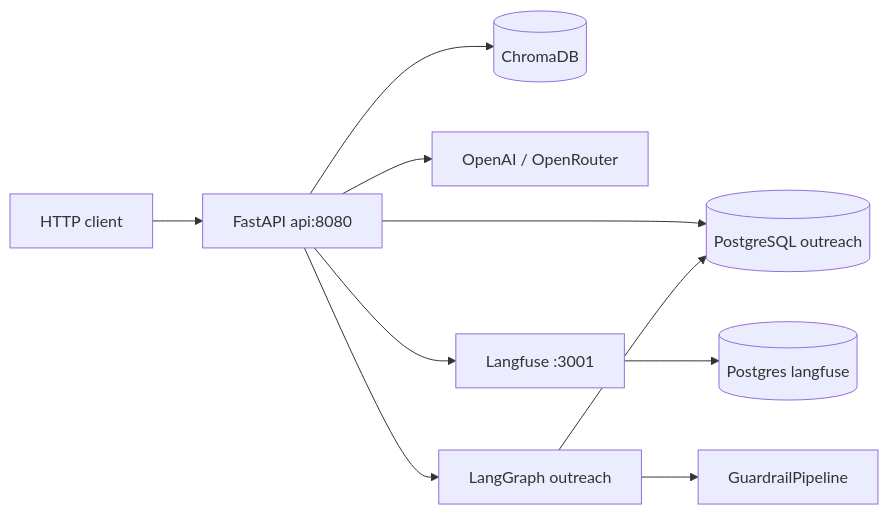
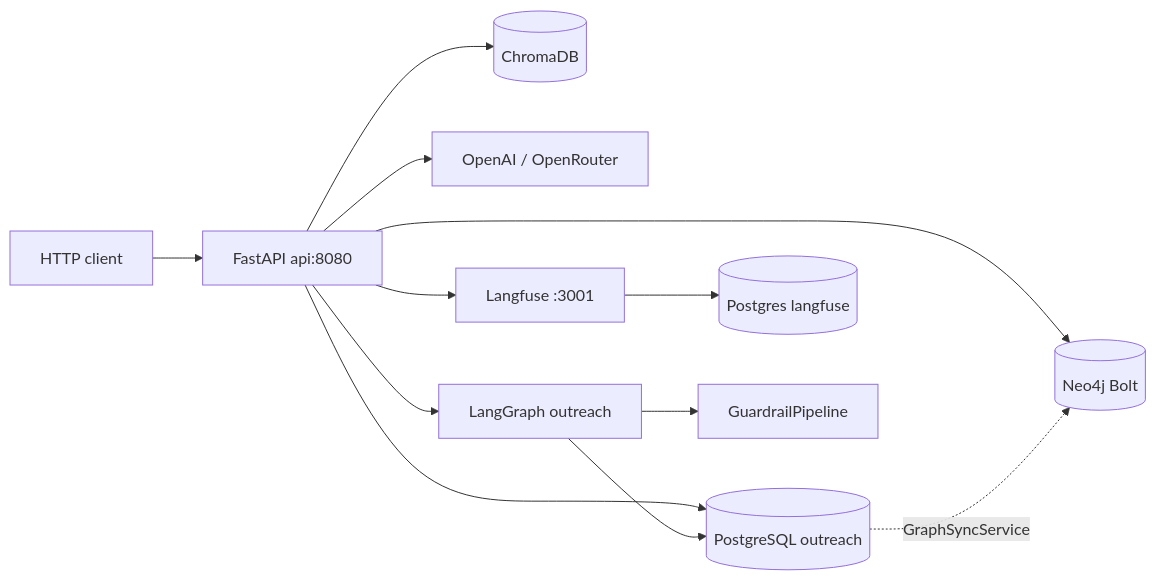
The diagram in docs/ARCHITECTURE.md (KirillUnity/outreach-ai-corte), drawn with Mermaid before and after one commit. The commit also changed other lines of this file and 26 other files, not shown here.

Commit message:
[GRAPH] Day 11: Neo4j setup, graph schema, sync from Postgres, graph API endpoints

````diff
--- a/docs/ARCHITECTURE.md
+++ b/docs/ARCHITECTURE.md
@@ -5,12 +5,14 @@
 ```mermaid
 flowchart LR
   Client[HTTP client] --> API[FastAPI api:8080]
   API --> PG[(PostgreSQL outreach)]
   API --> Chroma[(ChromaDB)]
+  API --> Neo[(Neo4j Bolt)]
   API --> LLM[OpenAI / OpenRouter]
   API --> LF[Langfuse :3001]
   LF --> LFdb[(Postgres langfuse)]
   API --> Agent[LangGraph outreach]
   Agent --> Guards[GuardrailPipeline]
   Agent --> PG
+  PG -.->|GraphSyncService| Neo
 ```
````
